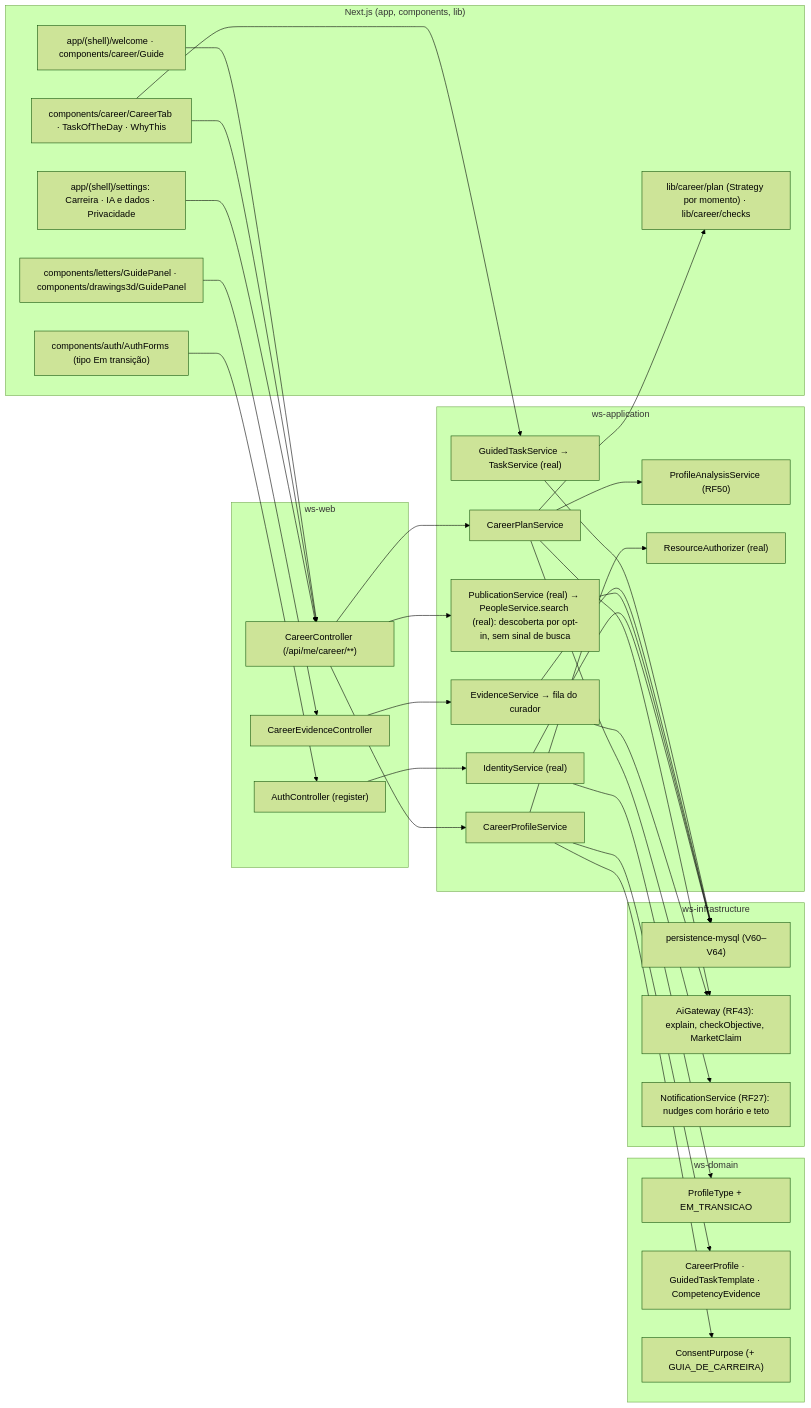
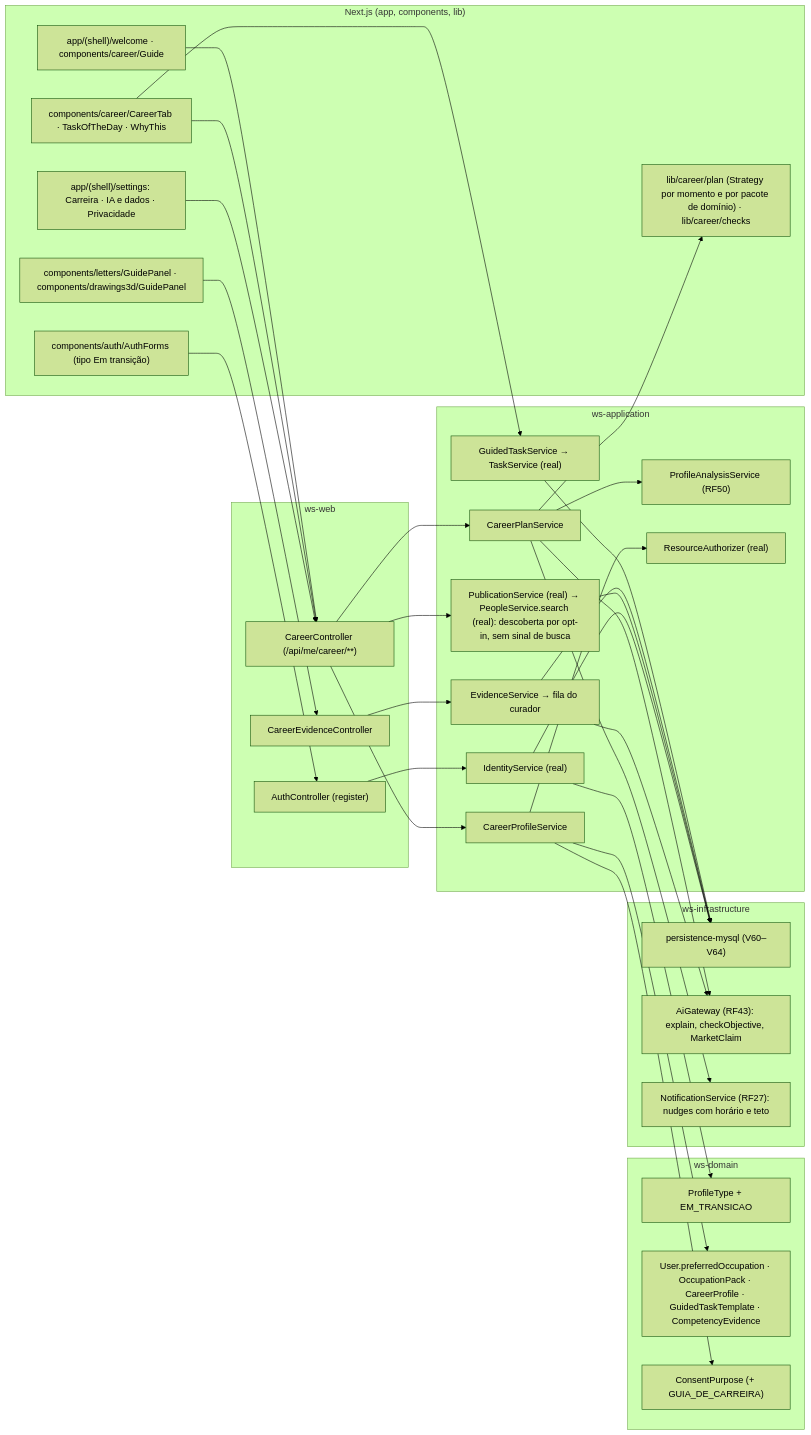
The sixth of 6 diagrams in docs/diagramas/RF75/README.md (MatheusHaliski/Decia-app-2026), drawn with Mermaid (forest theme) before and after one commit. The commit also changed other lines of this file and 4 other files, not shown here.

````diff
--- a/docs/diagramas/RF75/README.md
+++ b/docs/diagramas/RF75/README.md
@@ -409,49 +427,49 @@
 ```mermaid
 flowchart LR
   subgraph WEB["Next.js (app, components, lib)"]
     REG["components/auth/AuthForms (tipo Em transição)"]
     WEL["app/(shell)/welcome · components/career/Guide"]
     CAR["components/career/CareerTab · TaskOfTheDay · WhyThis"]
     SET["app/(shell)/settings: Carreira · IA e dados · Privacidade"]
     GUI["components/letters/GuidePanel · components/drawings3d/GuidePanel"]
-    PLN["lib/career/plan (Strategy por momento) · lib/career/checks"]
+    PLN["lib/career/plan (Strategy por momento e por pacote de domínio) · lib/career/checks"]
   end
   subgraph WSWEB["ws-web"]
     AC["AuthController (register)"]
     CC["CareerController (/api/me/career/**)"]
     EC["CareerEvidenceController"]
   end
   subgraph APP["ws-application"]
     IDS["IdentityService (real)"]
     CPS["CareerProfileService"]
     CPL["CareerPlanService"]
     GTS["GuidedTaskService → TaskService (real)"]
     EVS["EvidenceService → fila do curador"]
     PUB["PublicationService (real) → PeopleService.search (real): descoberta por opt-in, sem sinal de busca"]
     PAS["ProfileAnalysisService (RF50)"]
     RA["ResourceAuthorizer (real)"]
   end
   subgraph DOM["ws-domain"]
     PT["ProfileType + EM_TRANSICAO"]
-    CPR["CareerProfile · GuidedTaskTemplate · CompetencyEvidence"]
+    CPR["User.preferredOccupation · OccupationPack · CareerProfile · GuidedTaskTemplate · CompetencyEvidence"]
     CONS["ConsentPurpose (+ GUIA_DE_CARREIRA)"]
   end
   subgraph INFRA["ws-infrastructure"]
     MYSQL["persistence-mysql (V60–V64)"]
     AIG["AiGateway (RF43): explain, checkObjective, MarketClaim"]
     NOTIF["NotificationService (RF27): nudges com horário e teto"]
   end
   REG --> AC --> IDS --> PT
   WEL --> CC --> CPS --> CPR
   CAR --> CC --> CPL --> PLN
   CPL --> AIG
   CAR --> GTS --> MYSQL
   GUI --> EC --> EVS --> MYSQL
   EVS --> AIG
   SET --> CC --> PUB --> MYSQL
   CPS --> RA
   CPL --> PAS
   CPS --> CONS
   CPL --> NOTIF
   IDS --> MYSQL
 ```
````
